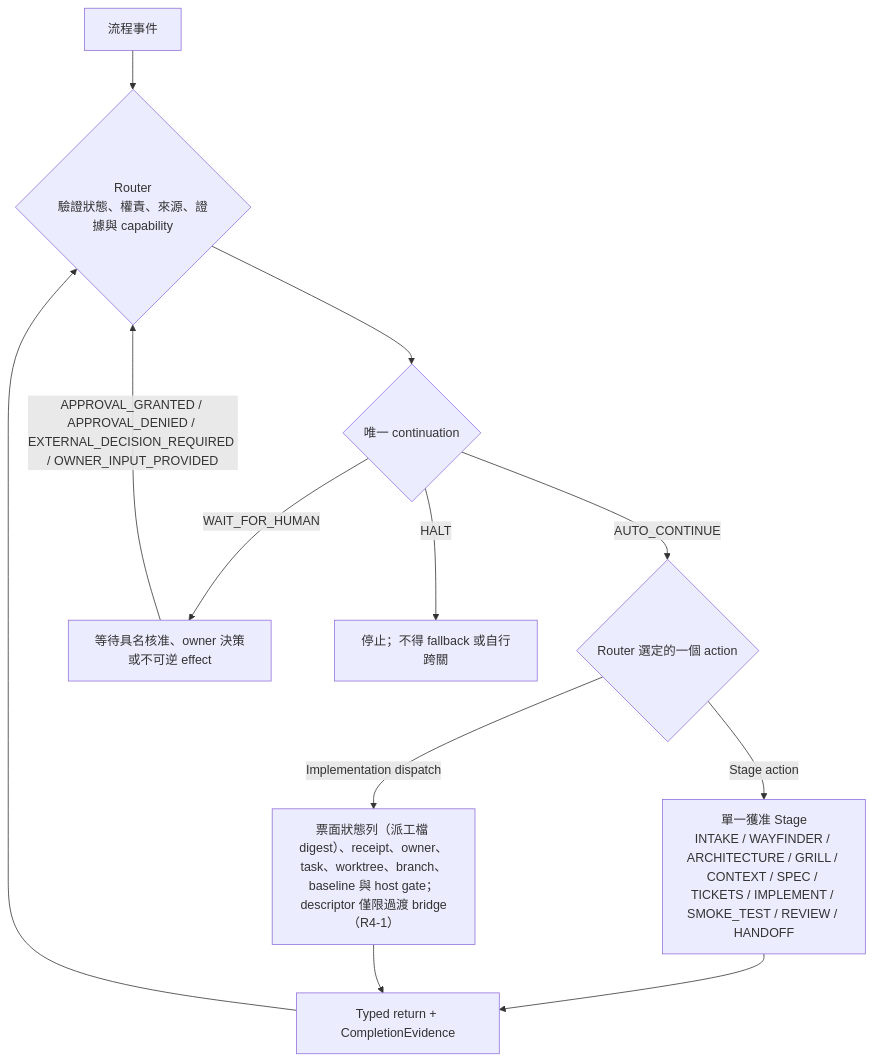
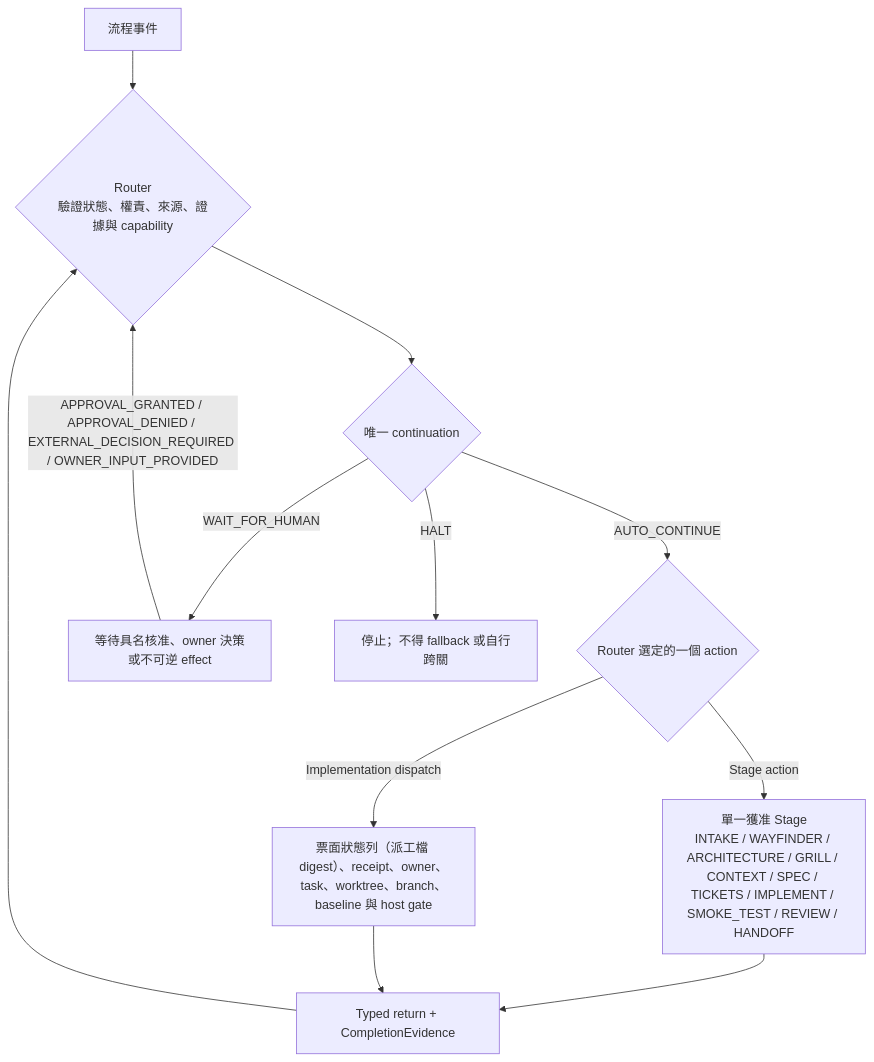
One commit to johnnyliu365-sys/Johnny_AI_Skill changed the diagram in Workflow.md. Above: the diagram before and after it, drawn with Mermaid. The commit also changed 28 other files, not shown here.

````diff
--- a/Workflow.md
+++ b/Workflow.md
@@ -13,16 +13,16 @@
 ```mermaid
 flowchart TD
     E["流程事件"] --> R{"Router<br/>驗證狀態、權責、來源、證據與 capability"}
     R --> C{"唯一 continuation"}
     C -->|"AUTO_CONTINUE"| A{"Router 選定的一個 action"}
     C -->|"WAIT_FOR_HUMAN"| W["等待具名核准、owner 決策或不可逆 effect"]
     C -->|"HALT"| H["停止；不得 fallback 或自行跨關"]
 
     A -->|"Stage action"| S["單一獲准 Stage<br/>INTAKE / WAYFINDER / ARCHITECTURE / GRILL / CONTEXT / SPEC / TICKETS / IMPLEMENT / SMOKE_TEST / REVIEW / HANDOFF"]
-    A -->|"Implementation dispatch"| D["票面狀態列（派工檔 digest）、receipt、owner、task、worktree、branch、baseline 與 host gate；descriptor 僅限過渡 bridge（R4-1）"]
+    A -->|"Implementation dispatch"| D["票面狀態列（派工檔 digest）、receipt、owner、task、worktree、branch、baseline 與 host gate"]
 
     S --> T["Typed return + CompletionEvidence"]
     D --> T
     T --> R
     W -->|"APPROVAL_GRANTED / APPROVAL_DENIED / EXTERNAL_DECISION_REQUIRED / OWNER_INPUT_PROVIDED"| R
 ```
````
